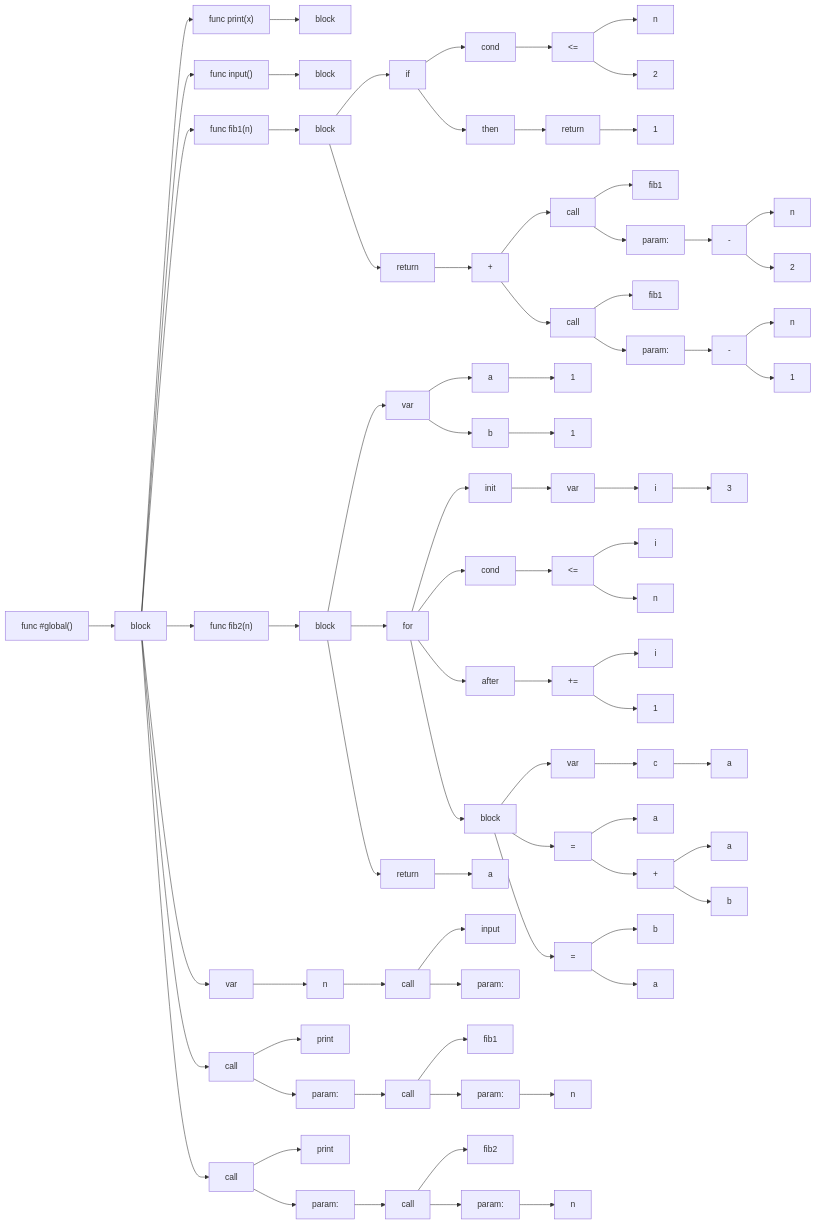
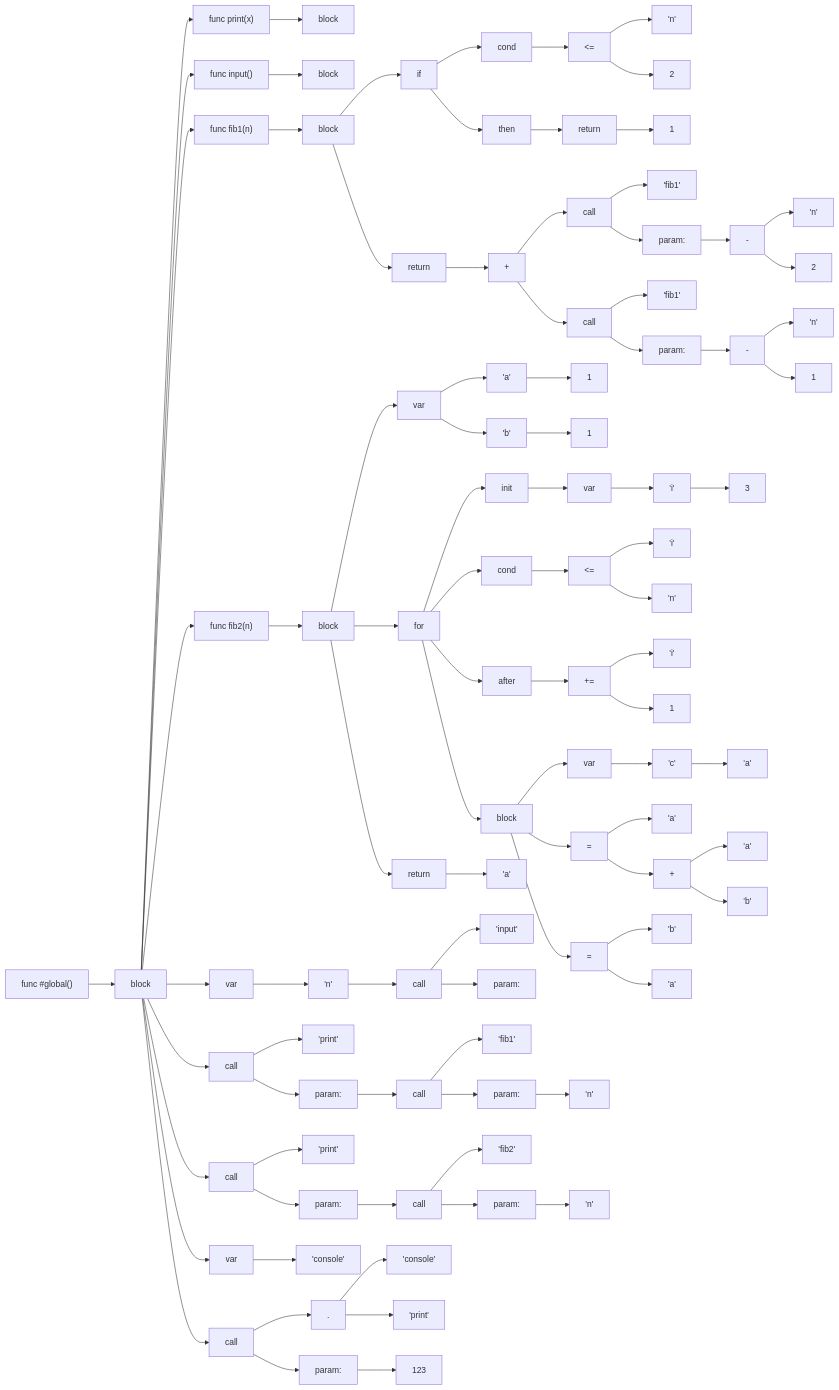
One commit to rick-200/Rapid changed the diagram in graph.md. Above: the diagram before and after it, drawn with Mermaid. The commit also changed 13 other files, not shown here.

````diff
--- a/graph.md
+++ b/graph.md
@@ -16,7 +16,7 @@
 A["cond"]
 9-->A
 B["<="]
-C["n"]
+C["'n'"]
 D["2"]
 B-->C
 B-->D
@@ -31,23 +31,23 @@
 11["return"]
 12["+"]
 13["call"]
-14["fib1"]
+14["'fib1'"]
 13-->14
 15["param:"]
 13-->15
 16["-"]
-17["n"]
+17["'n'"]
 18["2"]
 16-->17
 16-->18
 15-->16
 19["call"]
-1A["fib1"]
+1A["'fib1'"]
 19-->1A
 1B["param:"]
 19-->1B
 1C["-"]
-1D["n"]
+1D["'n'"]
 1E["1"]
 1C-->1D
 1C-->1E
@@ -61,11 +61,11 @@
 1F["func fib2(n)"]
 20["block"]
 21["var"]
-22["a"]
+22["'a'"]
 21-->22
 23["1"]
 22-->23
-24["b"]
+24["'b'"]
 21-->24
 25["1"]
 24-->25
@@ -74,7 +74,7 @@
 27["init"]
 26-->27
 28["var"]
-29["i"]
+29["'i'"]
 28-->29
 2A["3"]
 29-->2A
@@ -82,87 +82,103 @@
 2B["cond"]
 26-->2B
 2C["<="]
-2D["i"]
-2E["n"]
+2D["'i'"]
+2E["'n'"]
 2C-->2D
 2C-->2E
 2B-->2C
 2F["after"]
 26-->2F
 30["+="]
-31["i"]
+31["'i'"]
 32["1"]
 30-->31
 30-->32
 2F-->30
 33["block"]
 34["var"]
-35["c"]
+35["'c'"]
 34-->35
-36["a"]
+36["'a'"]
 35-->36
 33-->34
 37["="]
-38["a"]
+38["'a'"]
 39["+"]
-3A["a"]
-3B["b"]
+3A["'a'"]
+3B["'b'"]
 39-->3A
 39-->3B
 37-->38
 37-->39
 33-->37
 3C["="]
-3D["b"]
-3E["a"]
+3D["'b'"]
+3E["'a'"]
 3C-->3D
 3C-->3E
 33-->3C
 26-->33
 20-->26
 3F["return"]
-40["a"]
+40["'a'"]
 3F-->40
 20-->3F
 1F-->20
 2-->1F
 41["var"]
-42["n"]
+42["'n'"]
 41-->42
 43["call"]
-44["input"]
+44["'input'"]
 43-->44
 45["param:"]
 43-->45
 42-->43
 2-->41
 46["call"]
-47["print"]
+47["'print'"]
 46-->47
 48["param:"]
 46-->48
 49["call"]
-4A["fib1"]
+4A["'fib1'"]
 49-->4A
 4B["param:"]
 49-->4B
-4C["n"]
+4C["'n'"]
 4B-->4C
 48-->49
 2-->46
 4D["call"]
-4E["print"]
+4E["'print'"]
 4D-->4E
 4F["param:"]
 4D-->4F
 50["call"]
-51["fib2"]
+51["'fib2'"]
 50-->51
 52["param:"]
 50-->52
-53["n"]
+53["'n'"]
 52-->53
 4F-->50
 2-->4D
+54["var"]
+55["'console'"]
+54-->55
+2-->54
+56["call"]
+57["."]
+58["'console'"]
+59["'print'"]
+57-->58
+57-->59
+56-->57
+5A["param:"]
+56-->5A
+5B["123"]
+5A-->5B
+2-->56
 1-->2
 ```
````
